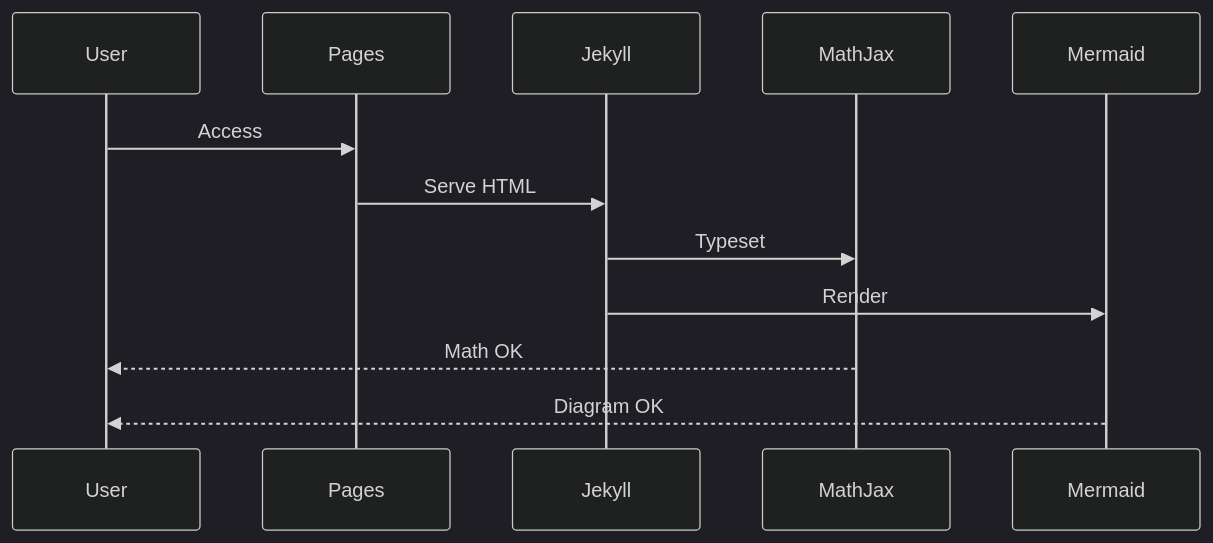
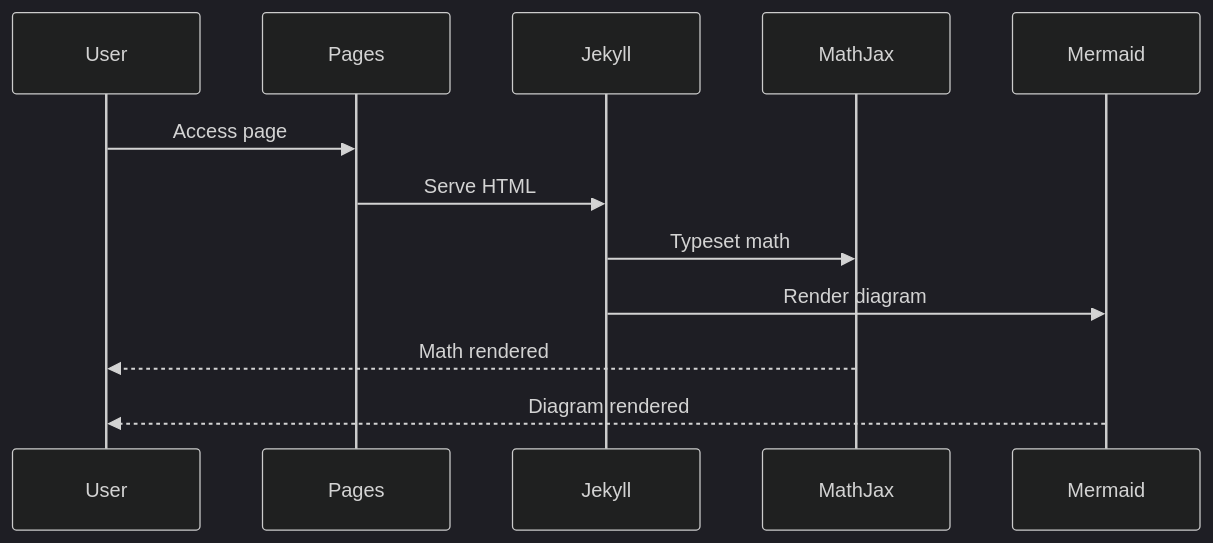
The second of 2 diagrams in pages/math-mermaid-test.md (Samizo-AITL/zenn-articles), drawn with Mermaid (dark theme) before and after one commit. The commit also changed other lines of this file, not shown here.

````diff
--- a/pages/math-mermaid-test.md
+++ b/pages/math-mermaid-test.md
@@ -41,15 +66,15 @@
 ```mermaid
 sequenceDiagram
   participant U as User
   participant P as Pages
   participant J as Jekyll
   participant M as MathJax
   participant R as Mermaid
 
-  U->>P: Access
+  U->>P: Access page
   P->>J: Serve HTML
-  J->>M: Typeset
-  J->>R: Render
-  M-->>U: Math OK
-  R-->>U: Diagram OK
+  J->>M: Typeset math
+  J->>R: Render diagram
+  M-->>U: Math rendered
+  R-->>U: Diagram rendered
 ```
````
